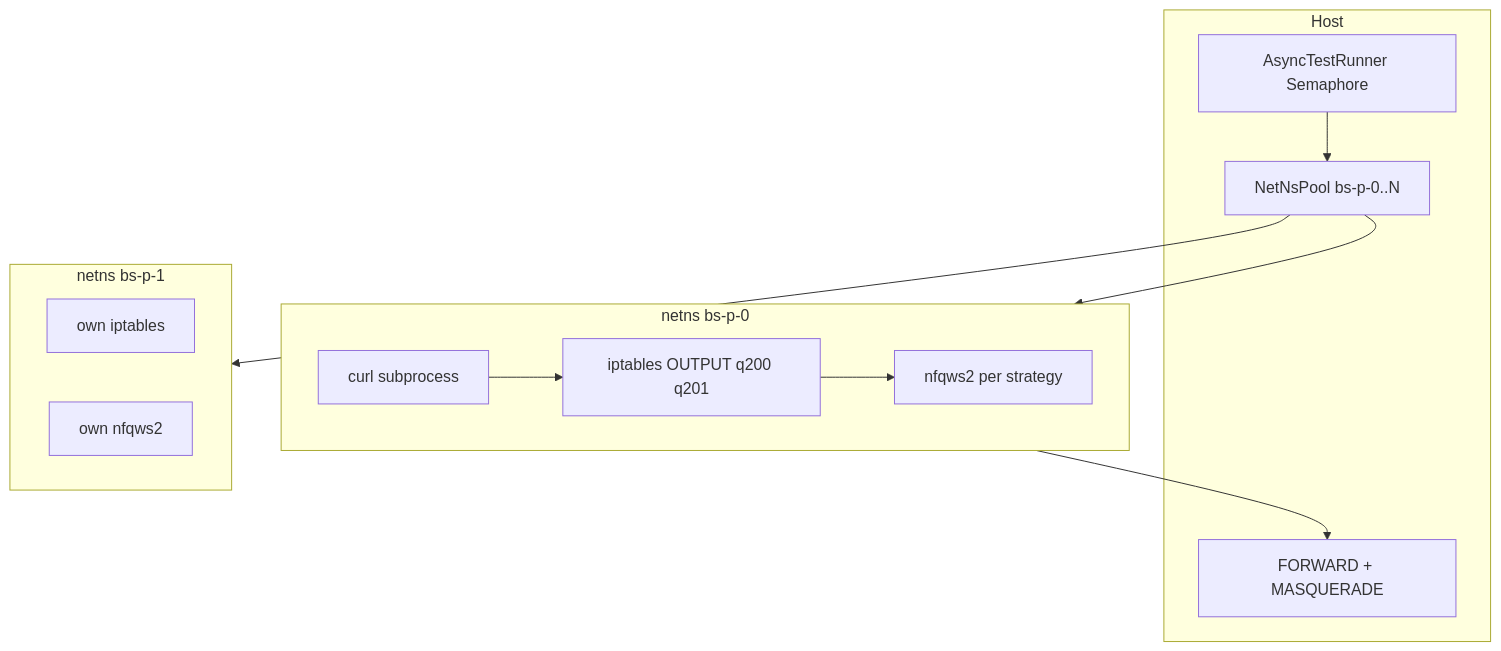
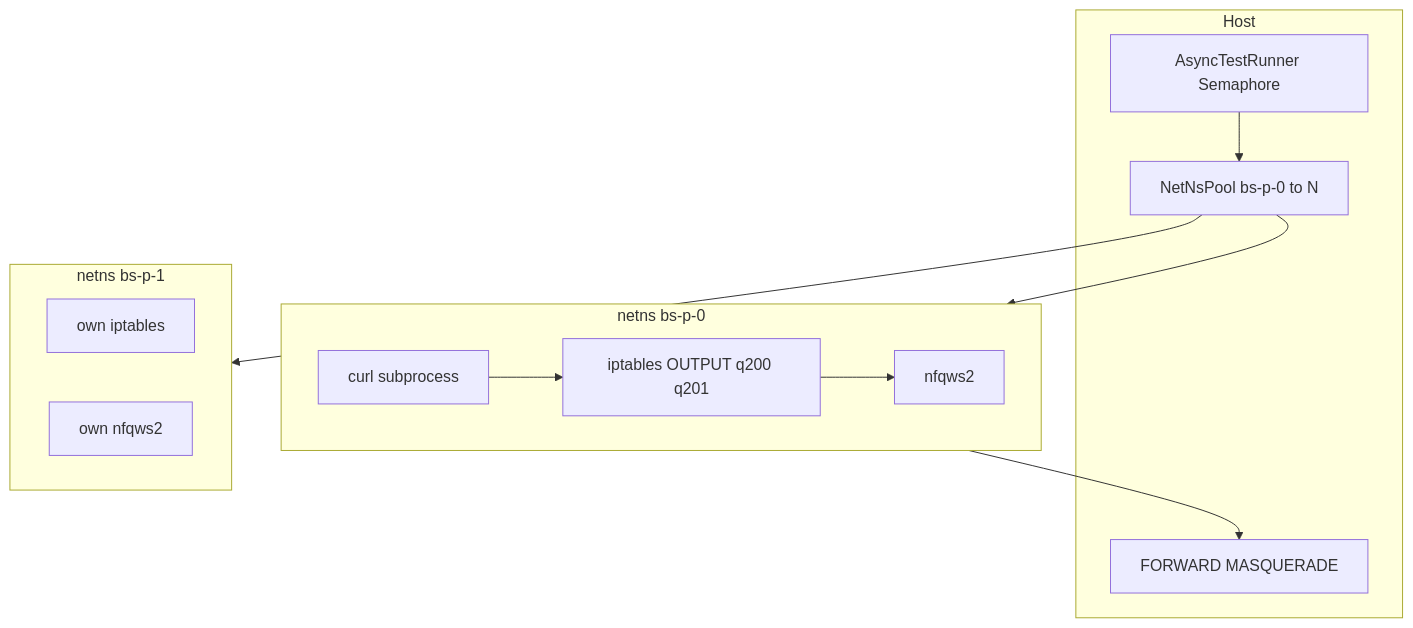
One commit to zhoel-sherk/blockcheckS changed the third of 7 diagrams in docs/architecture.md. Above: the diagram before and after it, drawn with Mermaid. The commit also changed other lines of this file and 79 other files, not shown here.

````diff
--- a/docs/architecture.md
+++ b/docs/architecture.md
@@ -40,22 +186,22 @@
 ```mermaid
 flowchart TB
   subgraph host [Host]
-    CLI[AsyncTestRunner Semaphore]
-    Pool[NetNsPool bs-p-0..N]
-    NAT[FORWARD + MASQUERADE]
-    CLI --> Pool
+    Sem[AsyncTestRunner Semaphore]
+    Pool[NetNsPool bs-p-0 to N]
+    Nat[FORWARD MASQUERADE]
+    Sem --> Pool
   end
   subgraph ns0 [netns bs-p-0]
-    IPT0[iptables OUTPUT q200 q201]
-    N0[nfqws2 per strategy]
+    Ipt0[iptables OUTPUT q200 q201]
+    N0[nfqws2]
     C0[curl subprocess]
-    C0 --> IPT0 --> N0
+    C0 --> Ipt0 --> N0
   end
   subgraph ns1 [netns bs-p-1]
-    IPT1[own iptables]
+    Ipt1[own iptables]
     N1[own nfqws2]
   end
   Pool --> ns0
   Pool --> ns1
-  ns0 --> NAT
+  ns0 --> Nat
 ```
````
